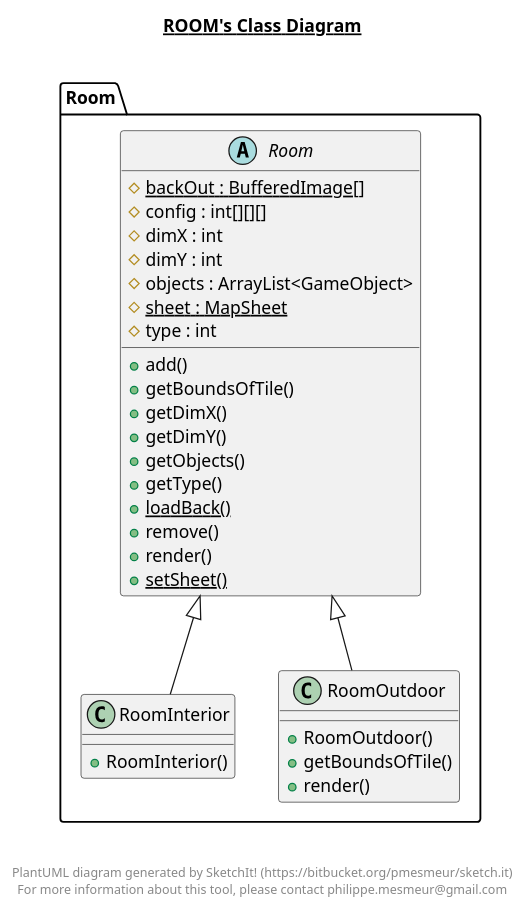
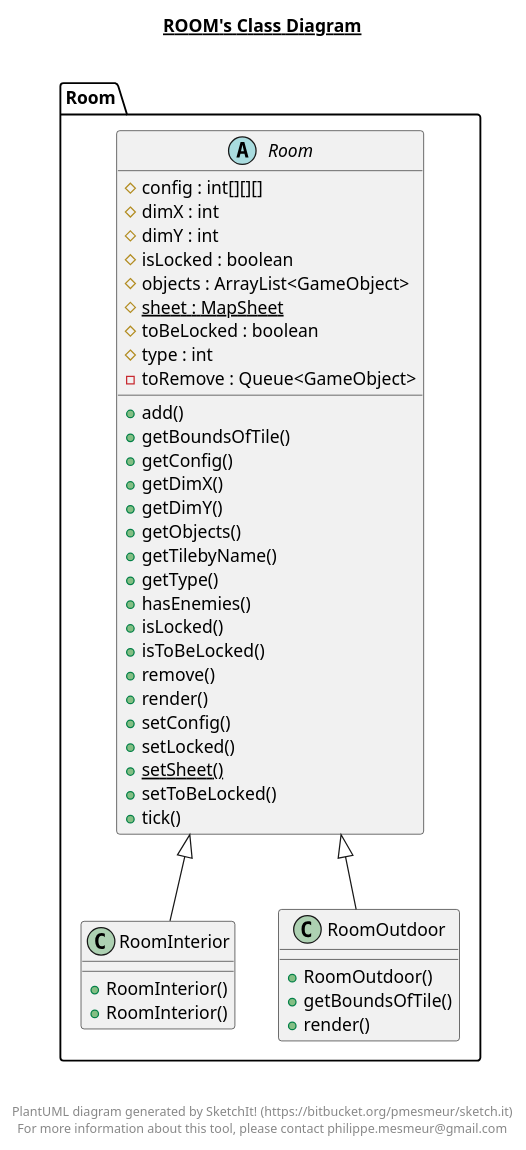
One commit to IulianMurariu-Tanasache/ProiectPAOO_FirstDungeon changed the diagram in out/production/_Proiect/Room/Room.plantuml. Above: the diagram before and after it, drawn with PlantUML. The commit also changed 186 other files, not shown here.

```diff
--- a/out/production/_Proiect/Room/Room.plantuml
+++ b/out/production/_Proiect/Room/Room.plantuml
@@ -1,55 +1,66 @@
 @startuml
 
 title __ROOM's Class Diagram__\n
 
   namespace Room {
     abstract class Room.Room {
-        {static} # backOut : BufferedImage[]
         # config : int[][][]
         # dimX : int
         # dimY : int
+        # isLocked : boolean
         # objects : ArrayList<GameObject>
         {static} # sheet : MapSheet
+        # toBeLocked : boolean
         # type : int
+        - toRemove : Queue<GameObject>
         + add()
         + getBoundsOfTile()
+        + getConfig()
         + getDimX()
         + getDimY()
         + getObjects()
+        + getTilebyName()
         + getType()
-        {static} + loadBack()
+        + hasEnemies()
+        + isLocked()
+        + isToBeLocked()
         + remove()
         + render()
+        + setConfig()
+        + setLocked()
         {static} + setSheet()
+        + setToBeLocked()
+        + tick()
     }
   }
   
 
   namespace Room {
     class Room.RoomInterior {
+        + RoomInterior()
         + RoomInterior()
     }
   }
   
 
   namespace Room {
     class Room.RoomOutdoor {
         + RoomOutdoor()
         + getBoundsOfTile()
         + render()
     }
   }
   
 
   Room.RoomInterior -up-|> Room.Room
   Room.RoomOutdoor -up-|> Room.Room
 
 
 right footer
 
 
 PlantUML diagram generated by SketchIt! (https://bitbucket.org/pmesmeur/sketch.it)
 For more information about this tool, please contact philippe.mesmeur@gmail.com
 endfooter
 
 @enduml
```
